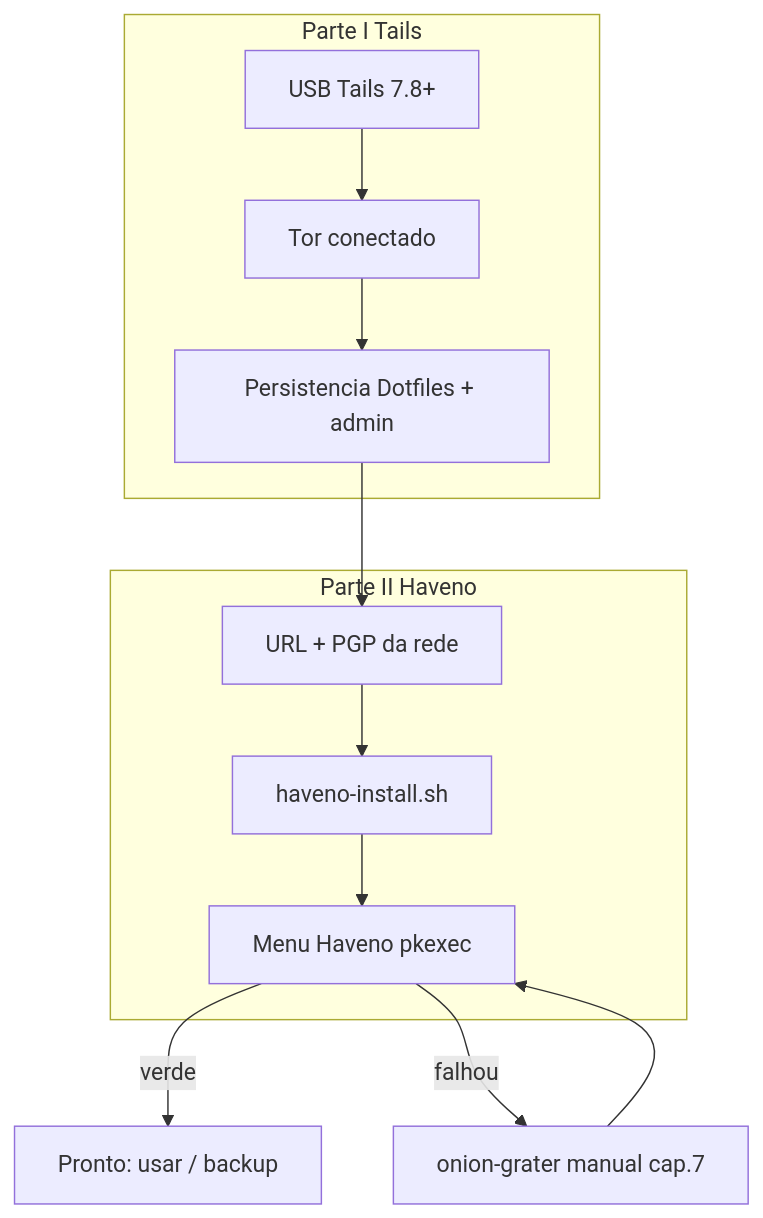
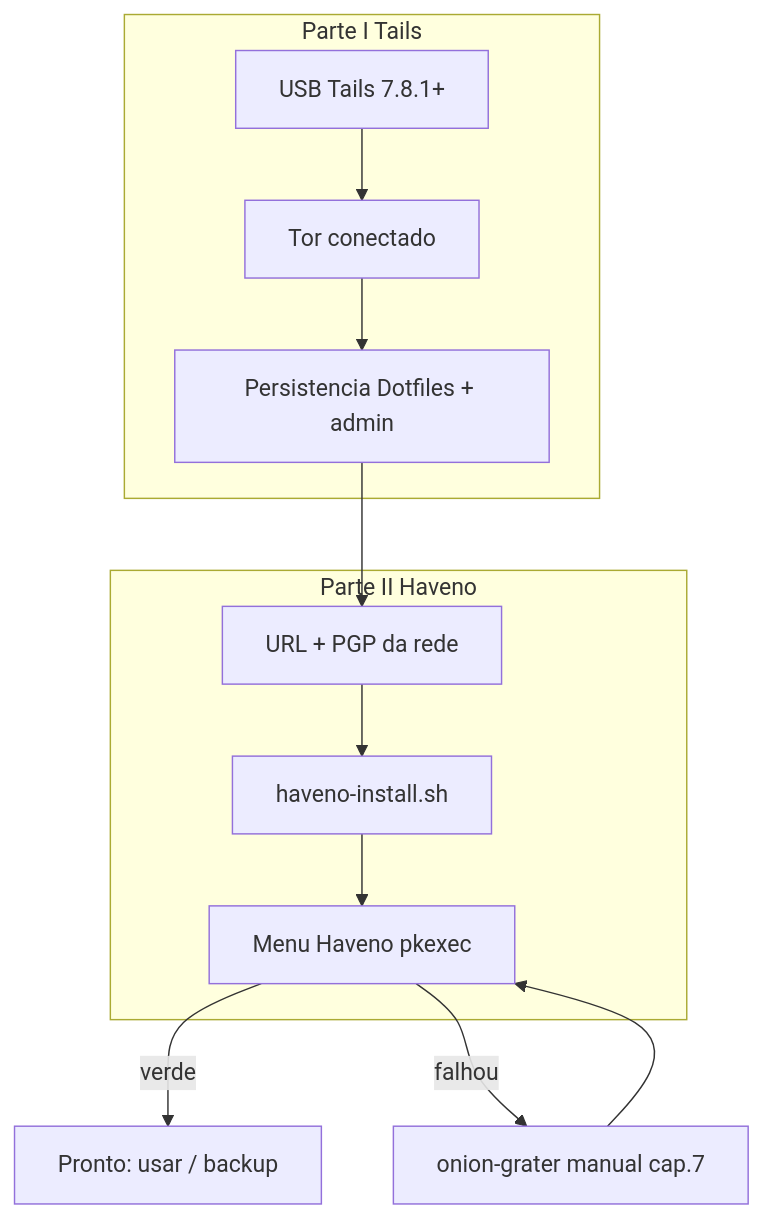
Before and after one commit to VIPs-com/Privacy-OS-Hub: the first of 13 diagrams in Tails OS Expert/Curso — Tails OS Expert.md, drawn with Mermaid. The commit also changed other lines of this file and 14 other files, not shown here.

````diff
--- a/Tails OS Expert/Curso — Tails OS Expert.md
+++ b/Tails OS Expert/Curso — Tails OS Expert.md
@@ -88,19 +88,19 @@
 ```mermaid
 flowchart TB
   subgraph parte1 [Parte I Tails]
-    M0[USB Tails 7.8+]
+    M0[USB Tails 7.8.1+]
     M1[Tor conectado]
     M2[Persistencia Dotfiles + admin]
     M0 --> M1 --> M2
   end
   subgraph parte2 [Parte II Haveno]
     M3[URL + PGP da rede]
     M4[haveno-install.sh]
     M5[Menu Haveno pkexec]
     M3 --> M4 --> M5
   end
   M2 --> M3
   M5 -->|verde| FIM[Pronto: usar / backup]
   M5 -->|falhou| FIX[onion-grater manual cap.7]
   FIX --> M5
 ```
````
